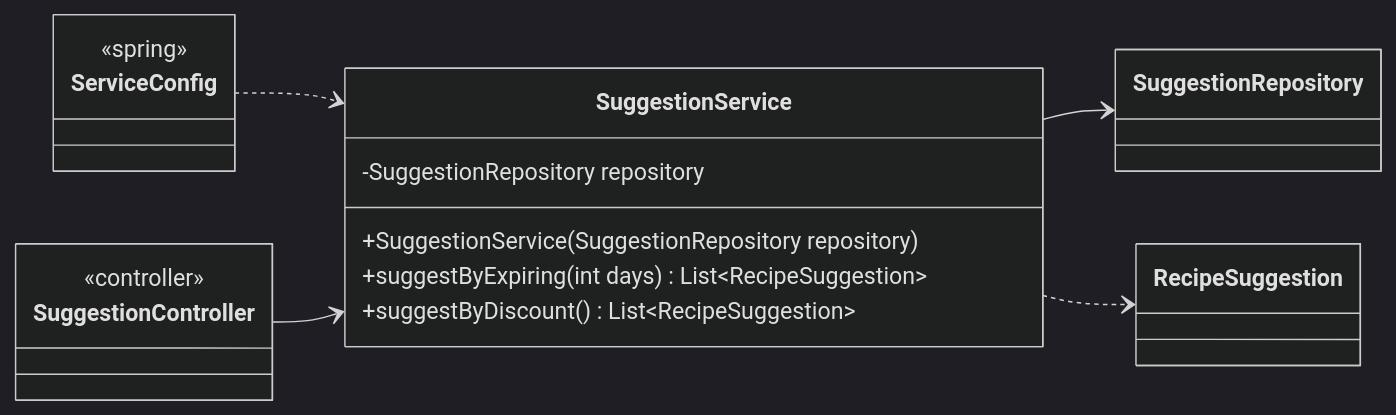
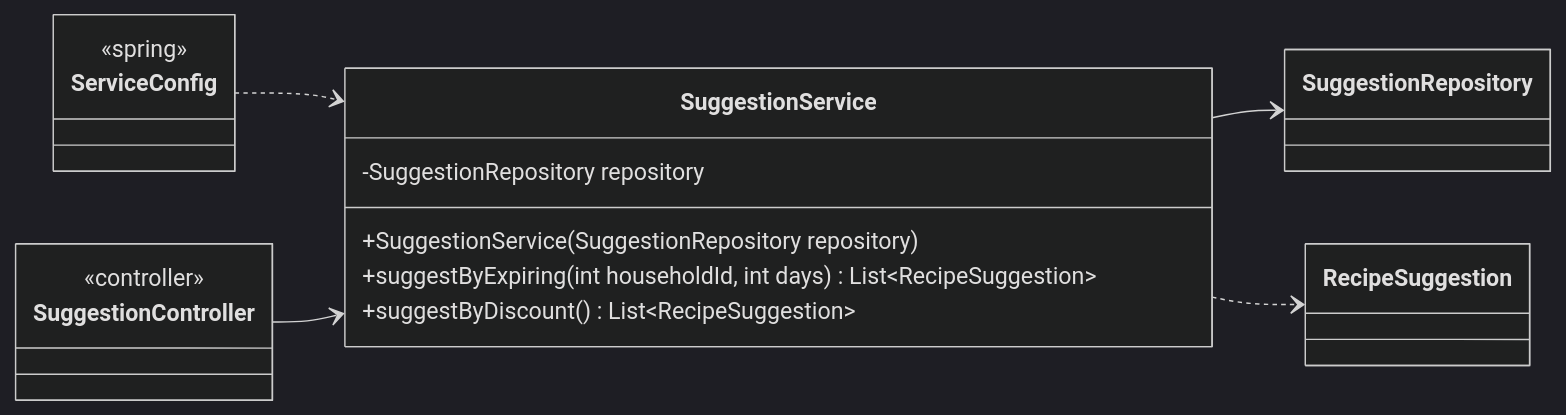
Before and after one commit to Nate-ryan-7690/dahaem: diagram 13 of 13 in docs/classes/suggestions.md, drawn with Mermaid (dark theme). The commit also changed other lines of this file and 5 other files, not shown here.

````diff
--- a/docs/classes/suggestions.md
+++ b/docs/classes/suggestions.md
@@ -631,22 +631,22 @@
 ```mermaid
 classDiagram
     direction LR
     class suggestions_SuggestionService["SuggestionService"] {
         -SuggestionRepository repository
         +SuggestionService(SuggestionRepository repository)
-        +suggestByExpiring(int days) List~RecipeSuggestion~
+        +suggestByExpiring(int householdId, int days) List~RecipeSuggestion~
         +suggestByDiscount() List~RecipeSuggestion~
     }
     class suggestions_SuggestionRepository["SuggestionRepository"]
     class api_SuggestionController["SuggestionController"] {
         <<controller>>
     }
     class suggestions_RecipeSuggestion["RecipeSuggestion"]
     class api_ServiceConfig["ServiceConfig"] {
         <<spring>>
     }
     suggestions_SuggestionService --> suggestions_SuggestionRepository
     suggestions_SuggestionService ..> suggestions_RecipeSuggestion
     api_ServiceConfig ..> suggestions_SuggestionService
     api_SuggestionController --> suggestions_SuggestionService
 ```
````
